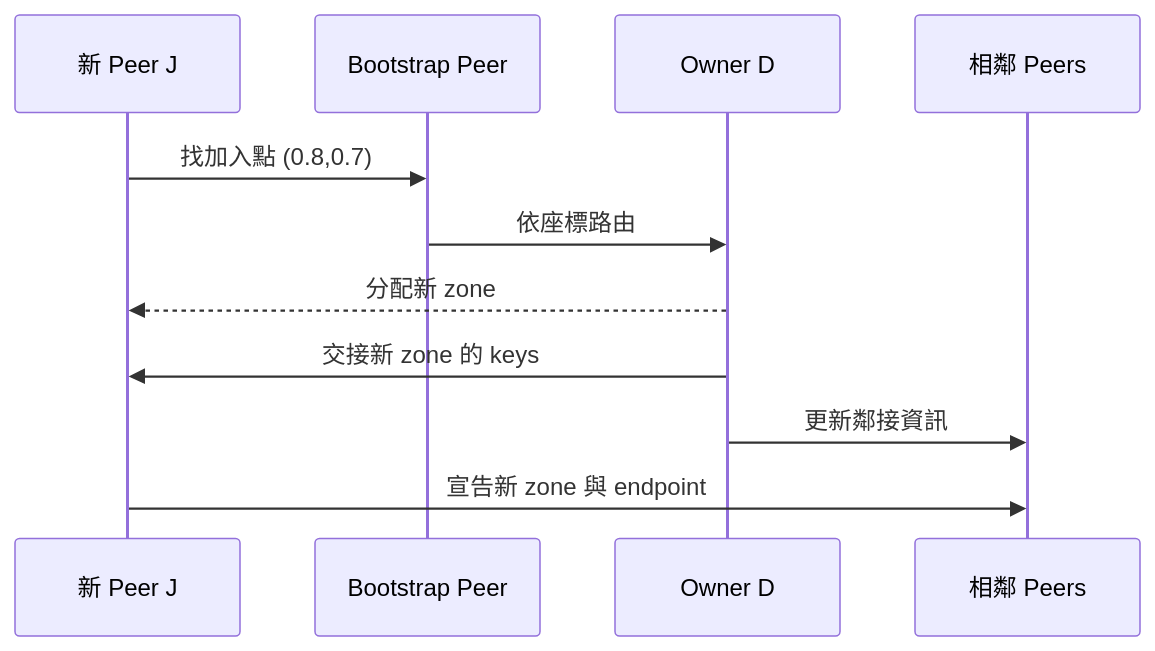
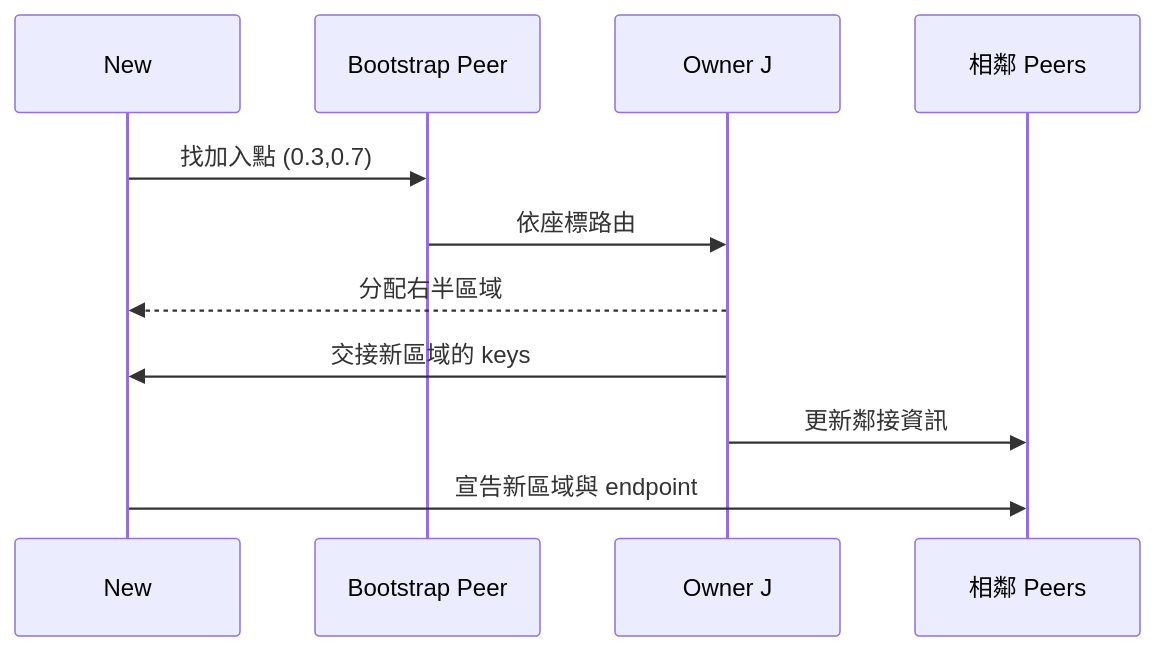
The fourth of 8 diagrams in notes/04-peer-to-peer-gossip.md (johnson931128/Distributed-System), drawn with Mermaid before and after one commit. The commit also changed other lines of this file and 2 other files, not shown here.

Commit message:
docs: align CAN example and verification with lecture diagram

````diff
--- a/notes/04-peer-to-peer-gossip.md
+++ b/notes/04-peer-to-peer-gossip.md
@@ -339,13 +330,13 @@
 ```mermaid
 sequenceDiagram
-    participant J as 新 Peer J
+    participant X as New
     participant B as Bootstrap Peer
-    participant D as Owner D
+    participant J as Owner J
     participant N as 相鄰 Peers
-    J->>B: 找加入點 (0.8,0.7)
-    B->>D: 依座標路由
-    D-->>J: 分配新 zone
-    D->>J: 交接新 zone 的 keys
-    D->>N: 更新鄰接資訊
-    J->>N: 宣告新 zone 與 endpoint
+    X->>B: 找加入點 (0.3,0.7)
+    B->>J: 依座標路由
+    J-->>X: 分配右半區域
+    J->>X: 交接新區域的 keys
+    J->>N: 更新鄰接資訊
+    X->>N: 宣告新區域與 endpoint
 ```
````
